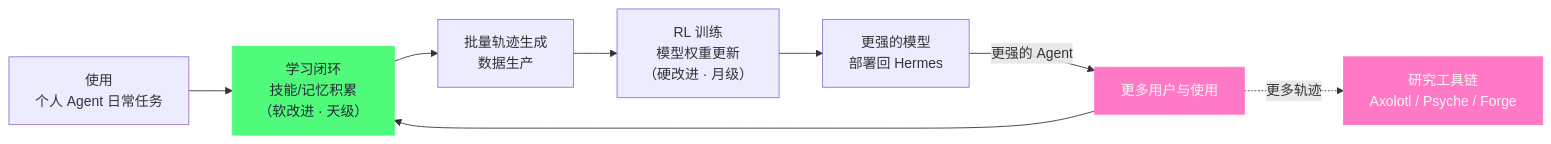
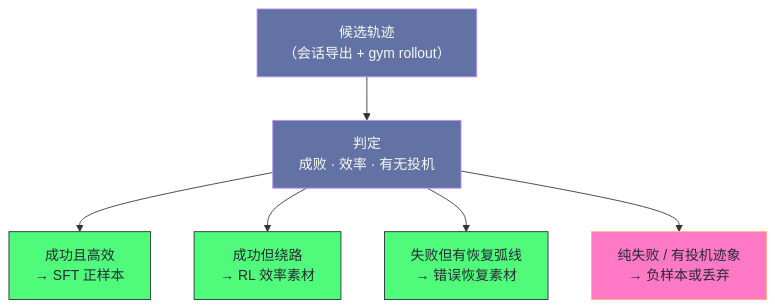
Before and after one commit to hpliStartAgain/my-brain: the third of 5 diagrams in content/LLM/Hermes-Agent/11 MLOps 与研究——批量轨迹生成与 RL 训练.md, drawn with Mermaid. The commit also changed other lines of this file and 259 other files, not shown here.

````diff
--- a/content/LLM/Hermes-Agent/11 MLOps 与研究——批量轨迹生成与 RL 训练.md
+++ b/content/LLM/Hermes-Agent/11 MLOps 与研究——批量轨迹生成与 RL 训练.md
@@ -440,18 +236,15 @@
 ```mermaid
 %%{init: {'theme': 'dracula'}}%%
-graph LR
-    A["使用<br/>个人 Agent 日常任务"] --> B["学习闭环<br/>技能/记忆积累<br/>（软改进 · 天级）"]
-    B --> C["批量轨迹生成<br/>数据生产"]
-    C --> D["RL 训练<br/>模型权重更新<br/>（硬改进 · 月级）"]
-    D --> E["更强的模型<br/>部署回 Hermes"]
-    E -->|"更强的 Agent"| F["更多用户与使用"]
-    F --> B
-    F -.->|"更多轨迹"| G["研究工具链<br/>Axolotl / Psyche / Forge"]
-
-    classDef soft fill:#50fa7b,stroke:#50fa7b,color:#282a36
-    classDef hard fill:#ff79c6,stroke:#ff79c6,color:#f8f8f2
-    classDef infra fill:#8be9fd,stroke:#8be9fd,color:#282a36
-    class B soft
-    class G hard
-    class H,F hard
+graph TD
+    RAW["候选轨迹<br/>（会话导出 + gym rollout）"] --> JUDGE["判定<br/>成败 · 效率 · 有无投机"]
+    JUDGE --> S1["成功且高效<br/>→ SFT 正样本"]
+    JUDGE --> S2["成功但绕路<br/>→ RL 效率素材"]
+    JUDGE --> S3["失败但有恢复弧线<br/>→ 错误恢复素材"]
+    JUDGE --> S4["纯失败 / 有投机迹象<br/>→ 负样本或丢弃"]
+    classDef raw fill:#6272a4,stroke:#bd93f9,color:#f8f8f2
+    classDef keep fill:#50fa7b,stroke:#282a36,color:#282a36
+    classDef drop fill:#ff79c6,stroke:#ffb86c,color:#282a36
+    class RAW,JUDGE raw
+    class S1,S2,S3 keep
+    class S4 drop
 ```
````
